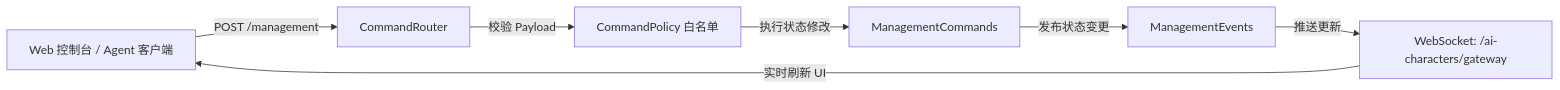
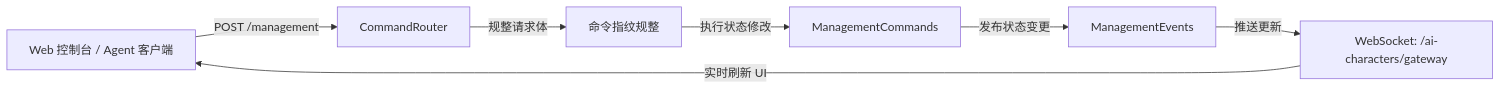
One commit to lulabs-org/embocraft changed the diagram in docs/guide/server-structure.md. Above: the diagram before and after it, drawn with Mermaid. The commit also changed other lines of this file and 17 other files, not shown here.

````diff
--- a/docs/guide/server-structure.md
+++ b/docs/guide/server-structure.md
@@ -399,9 +401,9 @@
 ```mermaid
 graph LR
     Client[Web 控制台 / Agent 客户端] -->|POST /management| Router[CommandRouter]
-    Router -->|校验 Payload| Policy[CommandPolicy 白名单]
+    Router -->|规整请求体| Policy[命令指纹规整]
     Policy -->|执行状态修改| Commands[ManagementCommands]
     Commands -->|发布状态变更| Events[ManagementEvents]
     Events -->|推送更新| WS[WebSocket: /ai-characters/gateway]
     WS -->|实时刷新 UI| Client
 ```
````
